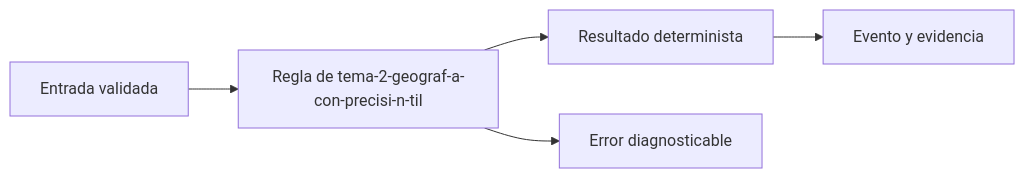
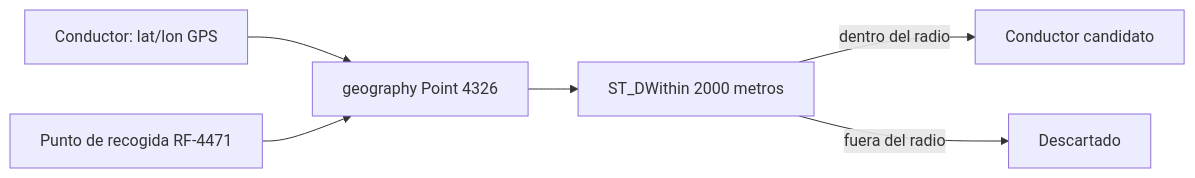
Before and after one commit to NICORUIZ93/Academia_Floci: the fourth of 6 diagrams in web/public/content/rutaflow/modulo-1.md, drawn with Mermaid. The commit also changed other lines of this file and 56 other files, not shown here.

````diff
--- a/web/public/content/rutaflow/modulo-1.md
+++ b/web/public/content/rutaflow/modulo-1.md
@@ -133,7 +162,8 @@
 ```mermaid
 flowchart LR
-  A[Entrada validada] --> B[Regla de tema-2-geograf-a-con-precisi-n-til]
-  B --> C[Resultado determinista]
-  C --> D[Evento y evidencia]
-  B --> E[Error diagnosticable]
+  A[Conductor: lat/lon GPS] --> B[geography Point 4326]
+  C[Punto de recogida RF-4471] --> B
+  B --> D[ST_DWithin 2000 metros]
+  D -->|dentro del radio| E[Conductor candidato]
+  D -->|fuera del radio| F[Descartado]
 ```
````
